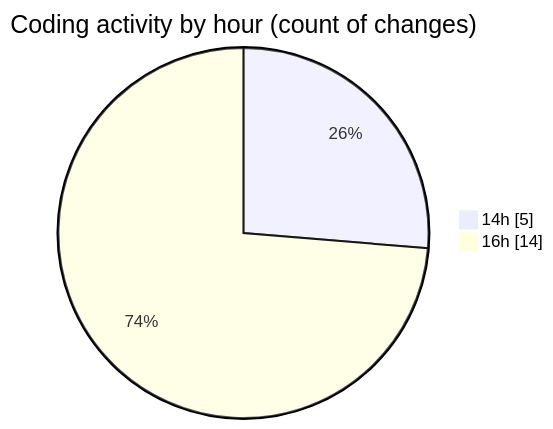
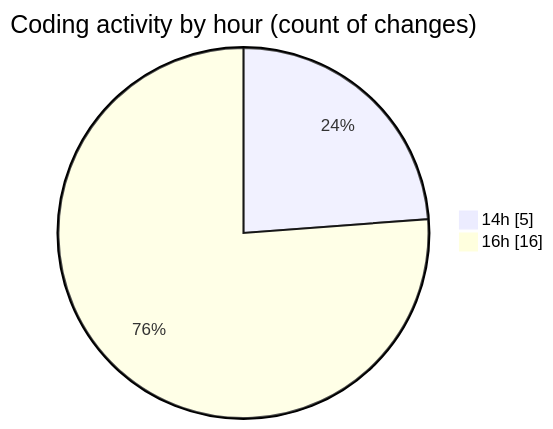
Before and after one commit to nxtqubesakshisongat/code-tracking: the second of 2 diagrams in 2025-09-22/nxtqube_webapp/README.md, drawn with Mermaid. The commit also changed other lines of this file and 1 other file, not shown here.

````diff
--- a/2025-09-22/nxtqube_webapp/README.md
+++ b/2025-09-22/nxtqube_webapp/README.md
@@ -31,6 +31,6 @@
 ```mermaid
 pie showData
 title Coding activity by hour (count of changes)
 "14h" : 5
-"16h" : 14
+"16h" : 16
 ```
````
